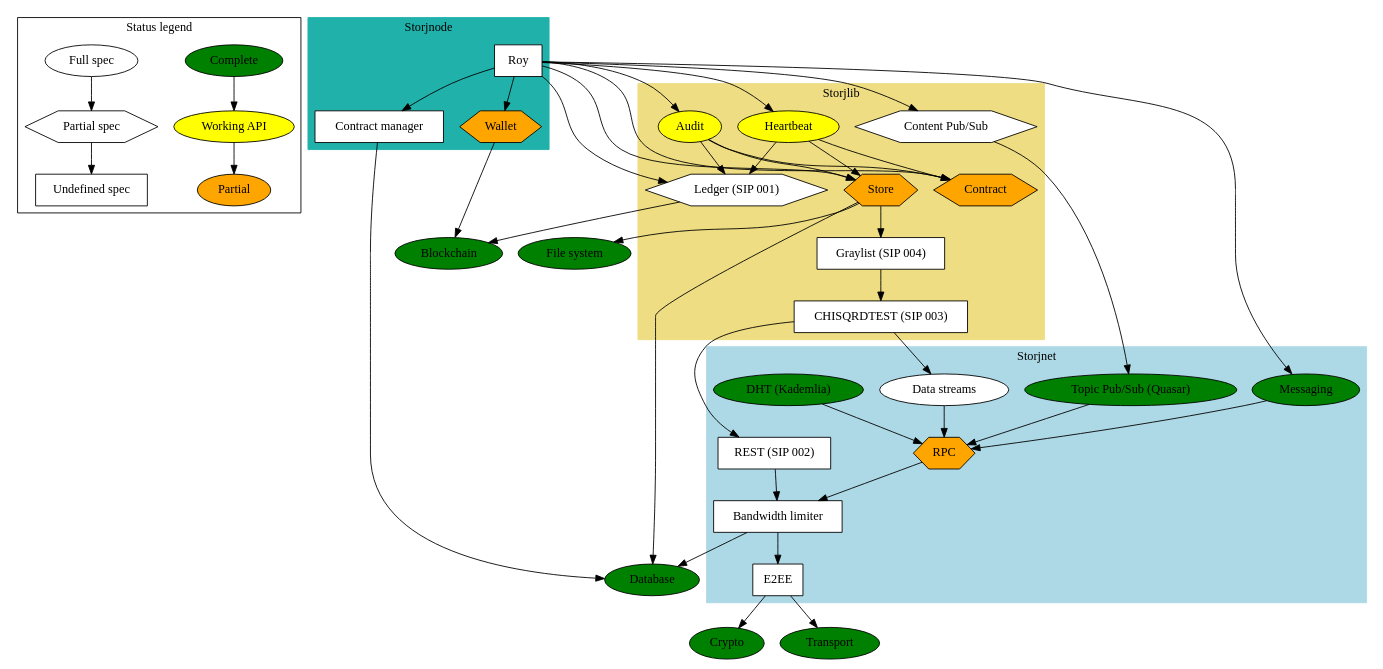
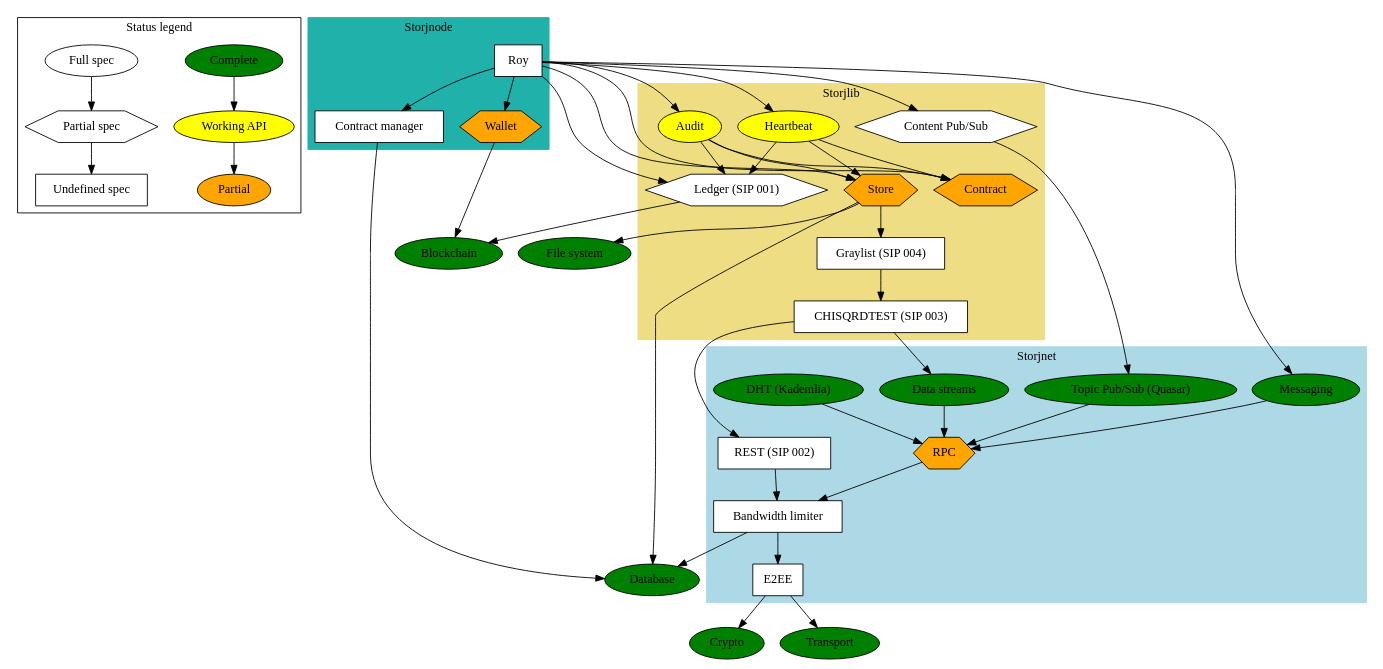
Before and after one commit to StorjOld/storjspec: the diagram in status.dot, drawn with Graphviz. The commit also changed 1 other file, not shown here.

Commit message:
updated graph

```diff
--- a/status.dot
+++ b/status.dot
@@ -1,109 +1,109 @@
 // syntax guide: http://www.graphviz.org/pdf/dotguide.pdf
 // compile png: `dot -Tpng status.dot -o status.png`
 // compile pdf: `dot -Tpdf status.dot -o status.pdf`
 
 
 digraph G {
     node [shape="box", style="filled", color="black", fillcolor="white"];
 
     // LEGEND
     subgraph cluster_0 {
         label = "Status legend";
 
         "Complete" [fillcolor=green, shape=ellipse];
         "Working API" [fillcolor=yellow, shape=ellipse];
         "Partial" [fillcolor=orange, shape=ellipse];
 
         "Full spec" [shape=ellipse];
         "Partial spec" [shape=hexagon];
         "Undefined spec" [shape=box];
     };
     "Complete" -> "Working API" -> "Partial";
     "Full spec" -> "Partial spec" -> "Undefined spec";
 
 
     // STORJNET
     subgraph cluster_1 {
         label = "Storjnet";
         style=filled;
         color=lightblue;
 
         "DHT (Kademlia)" [fillcolor=green, shape=ellipse];
         "Topic Pub/Sub (Quasar)" [fillcolor=green, shape=ellipse]; // enable publishing and subscribing to events
-        "Data streams" [shape=ellipse]; // full duplex data transfer
+        "Data streams" [fillcolor=green, shape=ellipse]; // full duplex data transfer
         "Messaging" [fillcolor=green, shape=ellipse]; // to shortcut the pubsub after peer found
         "RPC" [fillcolor=orange, shape=hexagon]; // rpc calls and data transfer between clients
         "E2EE"; // End-to-end encryption
         "Bandwidth limiter";
         "REST (SIP 002)"; // put/get shards
     };
     "DHT (Kademlia)" -> "RPC";
     "Topic Pub/Sub (Quasar)" -> "RPC";
     "Messaging" -> "RPC";
     "Data streams" -> "RPC";
     "RPC" -> "Bandwidth limiter";
     "REST (SIP 002)" -> "Bandwidth limiter";
     "Bandwidth limiter" -> "E2EE";
     "E2EE" -> "Crypto";
     "E2EE" -> "Transport";
     "Bandwidth limiter" -> "Database";
 
     // STORJLIB
     subgraph cluster_2 {
         label = "Storjlib";
         style=filled;
         color=lightgoldenrod;
 
         "Contract" [fillcolor=orange, shape=hexagon]; // terms of a storage contract between peers
         "Audit" [fillcolor=yellow, shape=ellipse]; // track state of a contract over time
         "Store" [fillcolor=orange, shape=hexagon];
         "Heartbeat" [fillcolor=yellow, shape=ellipse];
         "Ledger (SIP 001)" [shape=hexagon];
         "Graylist (SIP 004)";
         "CHISQRDTEST (SIP 003)";
         "Content Pub/Sub" [shape=hexagon]; // enable publishing and subscribing to events
     };
     "Content Pub/Sub" -> "Topic Pub/Sub (Quasar)";
     "Audit" -> "Contract"; // when/how to perform the audit
     "Audit" -> "Store"; // perform audit challange
     "Audit" -> "Ledger (SIP 001)"; // save result in ledger
     "Heartbeat" -> "Contract";
     "Heartbeat" -> "Store"; // perform heartbeat challange
     "Heartbeat" -> "Ledger (SIP 001)"; // save result in ledger
     "Store" -> "File system";
     "Store" -> "Graylist (SIP 004)";
     "Store" -> "Database";
     "Ledger (SIP 001)" -> "Blockchain";
     "Graylist (SIP 004)" -> "CHISQRDTEST (SIP 003)";
     "CHISQRDTEST (SIP 003)" -> "Data streams";
     "CHISQRDTEST (SIP 003)" -> "REST (SIP 002)";
 
     // STORJNODE
     subgraph cluster_3 {
         label = "Storjnode";
         style=filled;
         color=lightseagreen;
 
         "Roy"; // for sending/receiving of funds for services used 
         "Wallet" [fillcolor=orange, shape=hexagon];
         "Contract manager"; // Store contracts
     };
     "Roy" -> "Contract manager";
     "Contract manager" -> "Database";
     "Wallet" -> "Blockchain";
     "Roy" -> "Content Pub/Sub"; // ask/bid on contracts
     "Roy" -> "Messaging";
     "Roy" -> "Audit"; // perform audits
     "Roy" -> "Contract"; // verify agreed to use/provide a service
     "Roy" -> "Heartbeat";
     "Roy" -> "Ledger (SIP 001)"; // verify service was used/provided
     "Roy" -> "Wallet"; // transfer funds
     "Roy" -> "Store";
 
     // EXTERNAL
     "File system" [fillcolor=green, shape=ellipse];
     "Crypto" [fillcolor=green, shape=ellipse];
     "Database" [fillcolor=green, shape=ellipse];
     "Blockchain" [fillcolor=green, shape=ellipse];
     "Transport" [fillcolor=green, shape=ellipse];
 }
```
